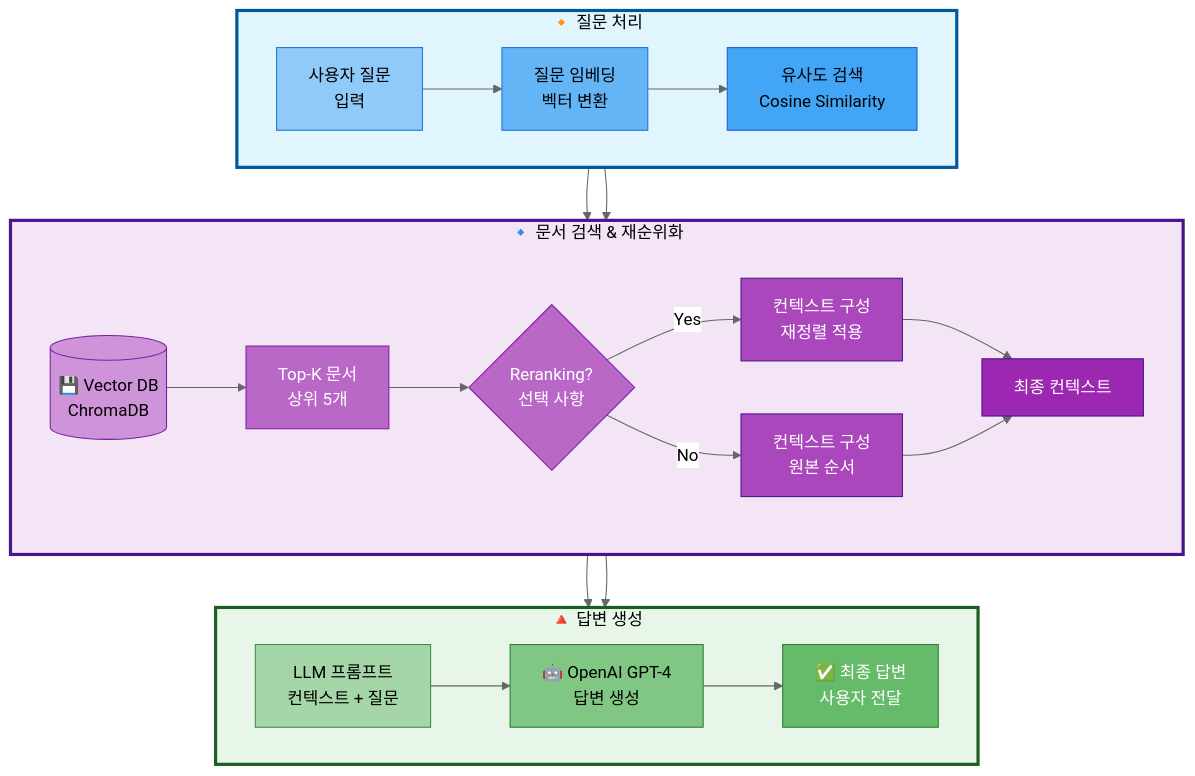
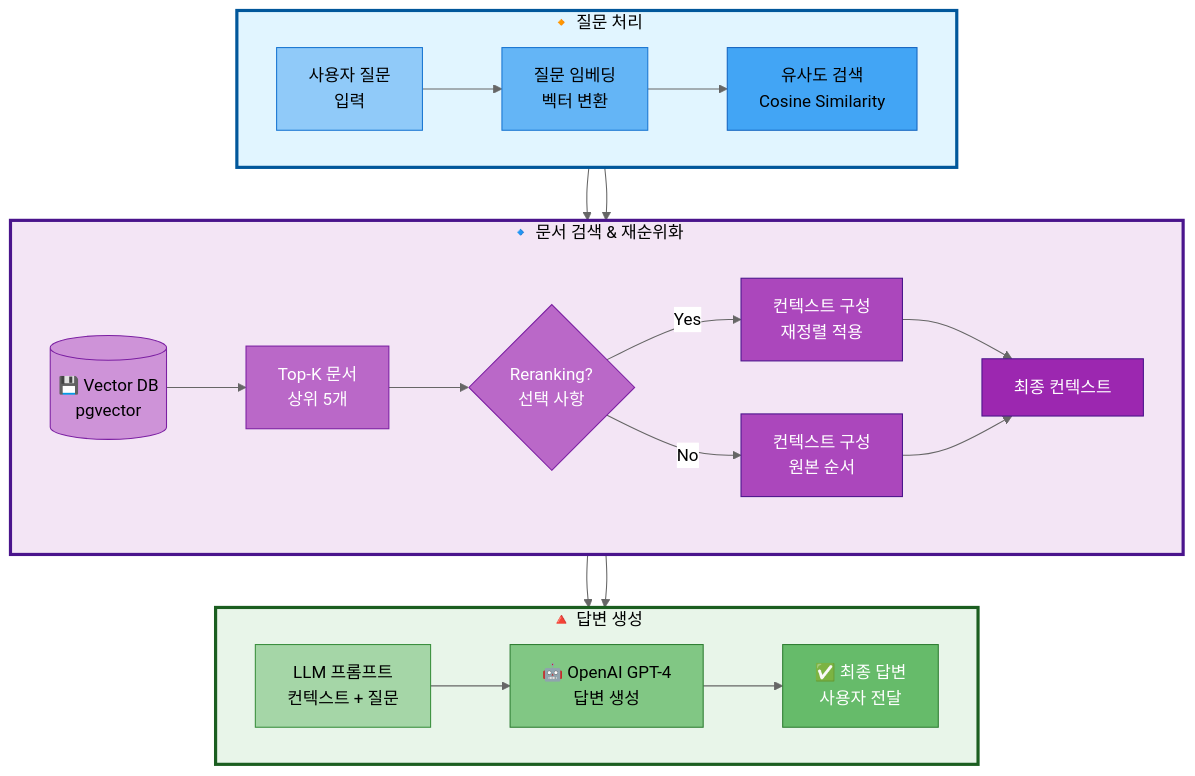
Before and after one commit to woghd8503/langchainproject-new-langchainproject_5: the fourth of 7 diagrams in docs/PRD/자료조사_03_시스템_아키텍처.md, drawn with Mermaid (neutral theme). The commit also changed other lines of this file and 5 other files, not shown here.

First line of the commit message:
docs: Vector DB를 ChromaDB에서 pgvector로 변경

````diff
--- a/docs/PRD/자료조사_03_시스템_아키텍처.md
+++ b/docs/PRD/자료조사_03_시스템_아키텍처.md
@@ -394,53 +394,53 @@
 ```mermaid
 graph TB
     subgraph InputProcess["🔸 질문 처리"]
         direction LR
         Query[사용자 질문<br/>입력] --> Embed[질문 임베딩<br/>벡터 변환]
         Embed --> Search[유사도 검색<br/>Cosine Similarity]
     end
 
     subgraph Retrieval["🔹 문서 검색 & 재순위화"]
         direction LR
-        VDB[(💾 Vector DB<br/>ChromaDB)] --> TopK[Top-K 문서<br/>상위 5개]
+        VDB[(💾 Vector DB<br/>pgvector)] --> TopK[Top-K 문서<br/>상위 5개]
         TopK --> Rerank{Reranking?<br/>선택 사항}
         Rerank -->|Yes| Context1[컨텍스트 구성<br/>재정렬 적용]
         Rerank -->|No| Context2[컨텍스트 구성<br/>원본 순서]
         Context1 --> Context[최종 컨텍스트]
         Context2 --> Context
     end
 
     subgraph Generation["🔺 답변 생성"]
         direction LR
         Prompt[LLM 프롬프트<br/>컨텍스트 + 질문] --> LLM[🤖 OpenAI GPT-4<br/>답변 생성]
         LLM --> Answer[✅ 최종 답변<br/>사용자 전달]
     end
 
     %% 단계 간 연결
     InputProcess --> Retrieval
     Search --> VDB
     Retrieval --> Generation
     Context --> Prompt
 
     %% Subgraph 스타일
     style InputProcess fill:#e1f5ff,stroke:#01579b,stroke-width:3px,color:#000
     style Retrieval fill:#f3e5f5,stroke:#4a148c,stroke-width:3px,color:#000
     style Generation fill:#e8f5e9,stroke:#1b5e20,stroke-width:3px,color:#000
 
     %% 노드 스타일 (질문 처리 - 파랑 계열)
     style Query fill:#90caf9,stroke:#1976d2,color:#000
     style Embed fill:#64b5f6,stroke:#1976d2,color:#000
     style Search fill:#42a5f5,stroke:#1565c0,color:#000
 
     %% 노드 스타일 (검색 - 보라 계열)
     style VDB fill:#ce93d8,stroke:#7b1fa2,color:#000
     style TopK fill:#ba68c8,stroke:#7b1fa2,color:#fff
     style Rerank fill:#ba68c8,stroke:#7b1fa2,color:#fff
     style Context1 fill:#ab47bc,stroke:#4a148c,color:#fff
     style Context2 fill:#ab47bc,stroke:#4a148c,color:#fff
     style Context fill:#9c27b0,stroke:#4a148c,color:#fff
 
     %% 노드 스타일 (답변 생성 - 녹색 계열)
     style Prompt fill:#a5d6a7,stroke:#388e3c,color:#000
     style LLM fill:#81c784,stroke:#2e7d32,color:#000
     style Answer fill:#66bb6a,stroke:#2e7d32,color:#fff
 ```
````
